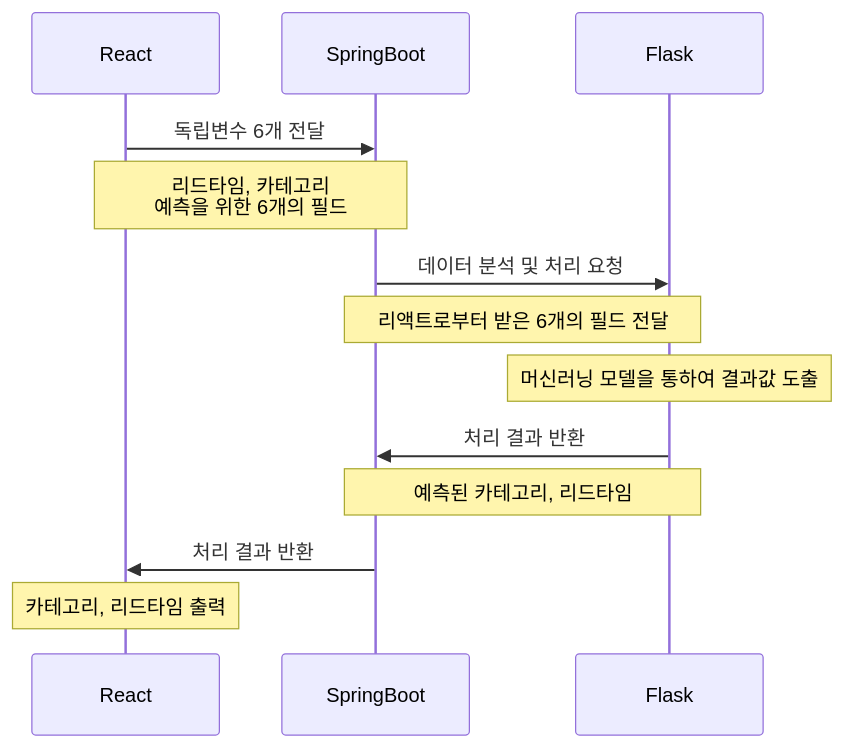
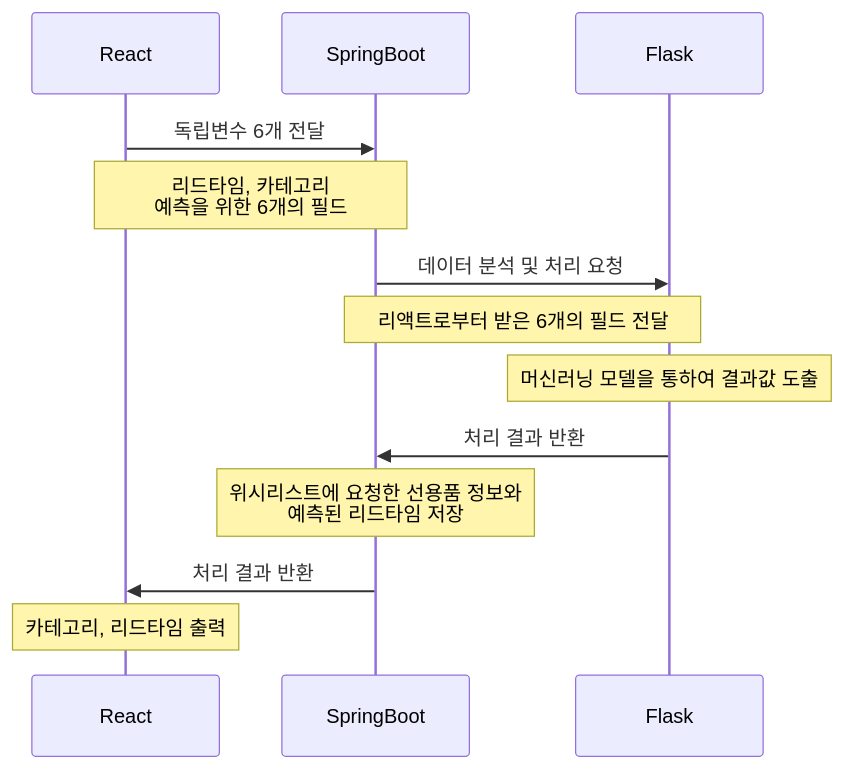
Before and after one commit to KHEN-ROE/ShipSupplies_final: the diagram in README.md, drawn with Mermaid.

````diff
--- a/README.md
+++ b/README.md
@@ -87,12 +87,12 @@
 ```mermaid
 sequenceDiagram
     React->>SpringBoot: 독립변수 6개 전달
     Note over React,SpringBoot: 리드타임, 카테고리 <br /> 예측을 위한 6개의 필드
     SpringBoot->>Flask: 데이터 분석 및 처리 요청
     Note over SpringBoot, Flask: 리액트로부터 받은 6개의 필드 전달
     Note over Flask: 머신러닝 모델을 통하여 결과값 도출   
     Flask->>SpringBoot: 처리 결과 반환
-    Note over Flask, SpringBoot: 예측된 카테고리, 리드타임
+    Note over SpringBoot: 위시리스트에 요청한 선용품 정보와 <br /> 예측된 리드타임 저장
     SpringBoot->>React: 처리 결과 반환
     Note over React: 카테고리, 리드타임 출력
 ```
````
